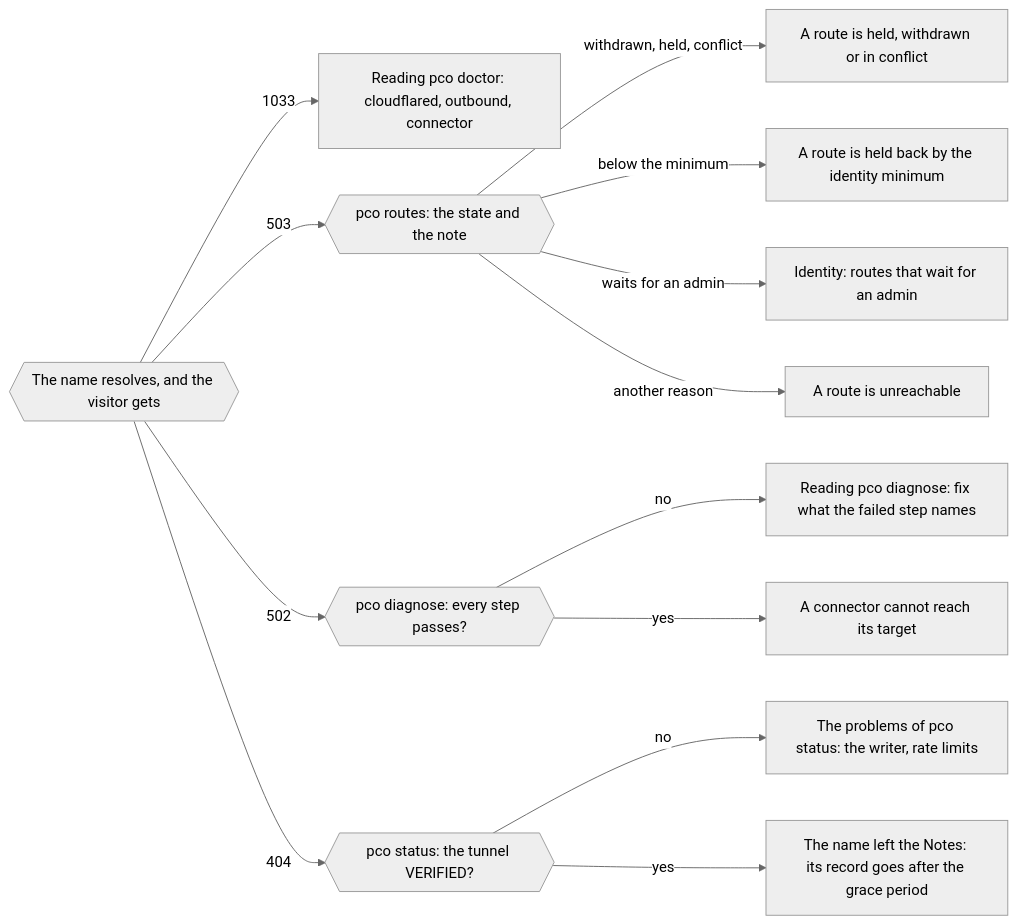
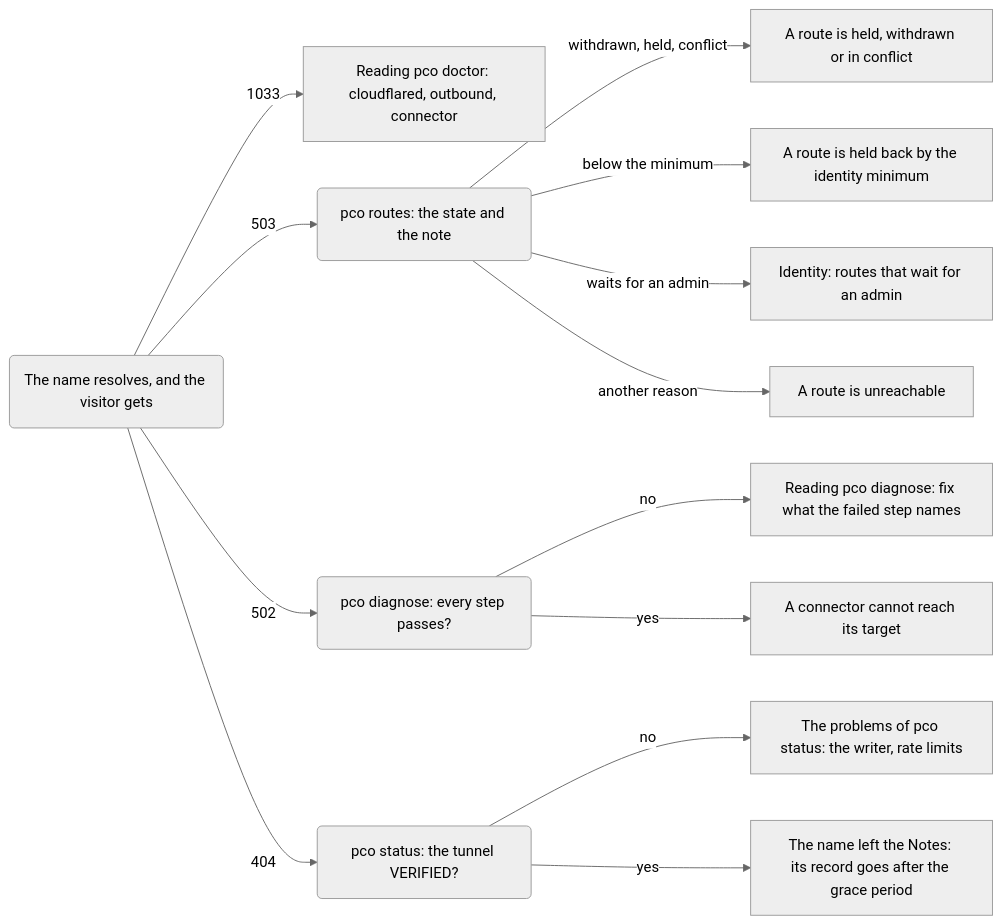
One commit to anaryk/proxmox-cloudflared-operator changed the second of 2 diagrams in docs/troubleshooting.md. Above: the diagram before and after it, drawn with Mermaid (neutral theme). The commit also changed other lines of this file and 5 other files, not shown here.

First line of the commit message:
docs: fix what the review found in the architecture and concept pages

````diff
--- a/docs/troubleshooting.md
+++ b/docs/troubleshooting.md
@@ -42,16 +42,16 @@
 ```mermaid
 flowchart LR
-    answer{{"The name resolves, and the visitor gets"}}
+    answer("The name resolves, and the visitor gets")
     answer -->|"1033"| doctor["Reading pco doctor: cloudflared, outbound, connector"]
-    answer -->|"503"| routes{{"pco routes: the state and the note"}}
+    answer -->|"503"| routes("pco routes: the state and the note")
     routes -->|"withdrawn, held, conflict"| held["A route is held, withdrawn or in conflict"]
     routes -->|"below the minimum"| minimum["A route is held back by the identity minimum"]
     routes -->|"waits for an admin"| admin["Identity: routes that wait for an admin"]
     routes -->|"another reason"| unreachable["A route is unreachable"]
-    answer -->|"502"| diagnose{{"pco diagnose: every step passes?"}}
+    answer -->|"502"| diagnose("pco diagnose: every step passes?")
     diagnose -->|"no"| step["Reading pco diagnose: fix what the failed step names"]
     diagnose -->|"yes"| egress["A connector cannot reach its target"]
-    answer -->|"404"| verified{{"pco status: the tunnel VERIFIED?"}}
+    answer -->|"404"| verified("pco status: the tunnel VERIFIED?")
     verified -->|"no"| writer["The problems of pco status: the writer, rate limits"]
     verified -->|"yes"| grace["The name left the Notes: its record goes after the grace period"]
 ```
````
